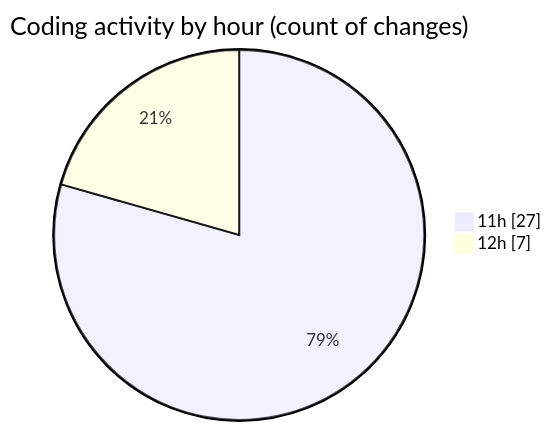
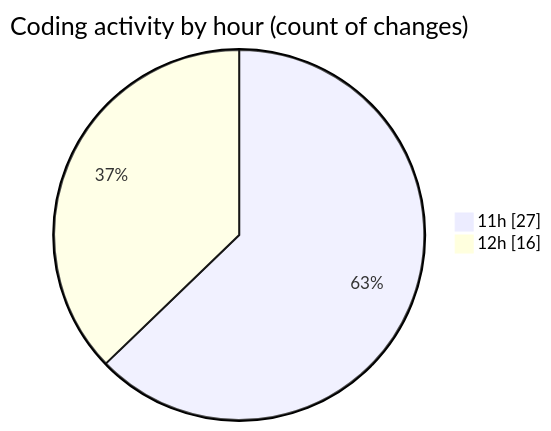
The second of 2 diagrams in 2026-01-05/cda/README.md (momahboobian/code-tracking), drawn with Mermaid before and after one commit. The commit also changed other lines of this file and 1 other file, not shown here.

````diff
--- a/2026-01-05/cda/README.md
+++ b/2026-01-05/cda/README.md
@@ -34,6 +34,6 @@
 ```mermaid
 pie showData
 title Coding activity by hour (count of changes)
 "11h" : 27
-"12h" : 7
+"12h" : 16
 ```
````
